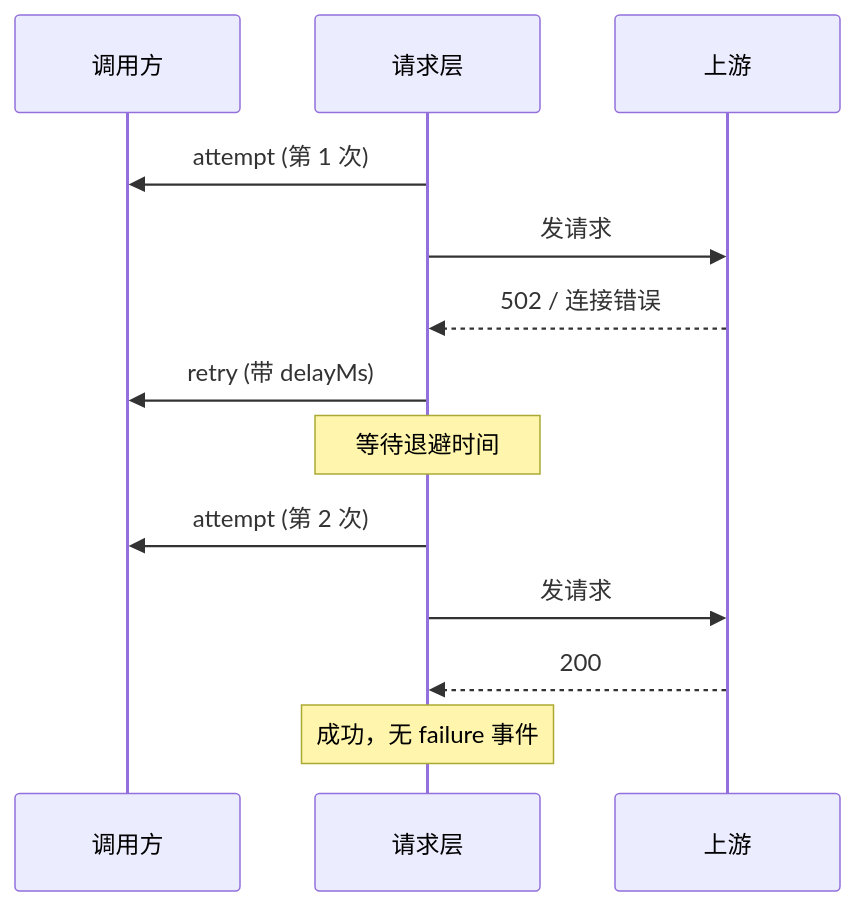
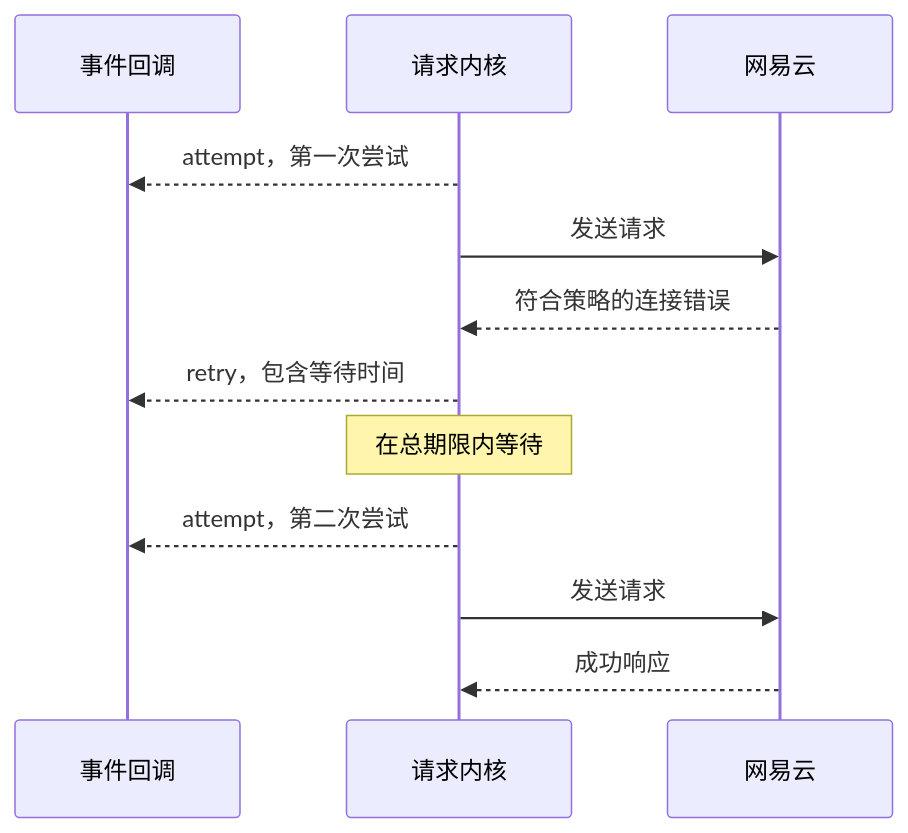
Before and after one commit to nonhana/hana-music-api: the diagram in docs/guide/observability.md, drawn with Mermaid. The commit also changed other lines of this file and 1275 other files, not shown here.

````diff
--- a/docs/guide/observability.md
+++ b/docs/guide/observability.md
@@ -40,15 +36,14 @@
 ```mermaid
 sequenceDiagram
-  participant C as 调用方
-  participant R as 请求层
-  participant U as 上游
-  R->>C: attempt (第 1 次)
-  R->>U: 发请求
-  U-->>R: 502 / 连接错误
-  R->>C: retry (带 delayMs)
-  Note over R: 等待退避时间
-  R->>C: attempt (第 2 次)
-  R->>U: 发请求
-  U-->>R: 200
-  Note over R: 成功，无 failure 事件
+  participant App as 事件回调
+  participant Core as 请求内核
+  participant Upstream as 网易云
+  Core-->>App: attempt，第一次尝试
+  Core->>Upstream: 发送请求
+  Upstream-->>Core: 符合策略的连接错误
+  Core-->>App: retry，包含等待时间
+  Note over Core: 在总期限内等待
+  Core-->>App: attempt，第二次尝试
+  Core->>Upstream: 发送请求
+  Upstream-->>Core: 成功响应
 ```
````
